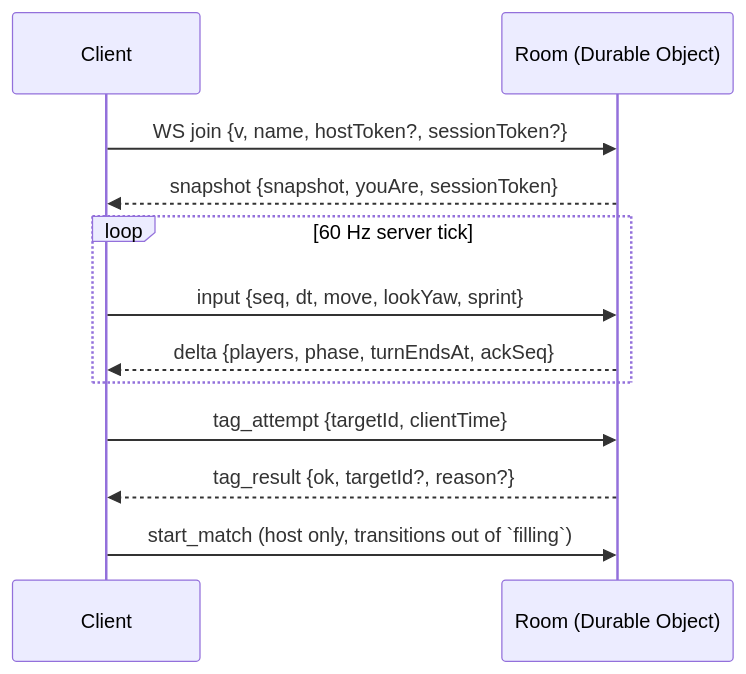
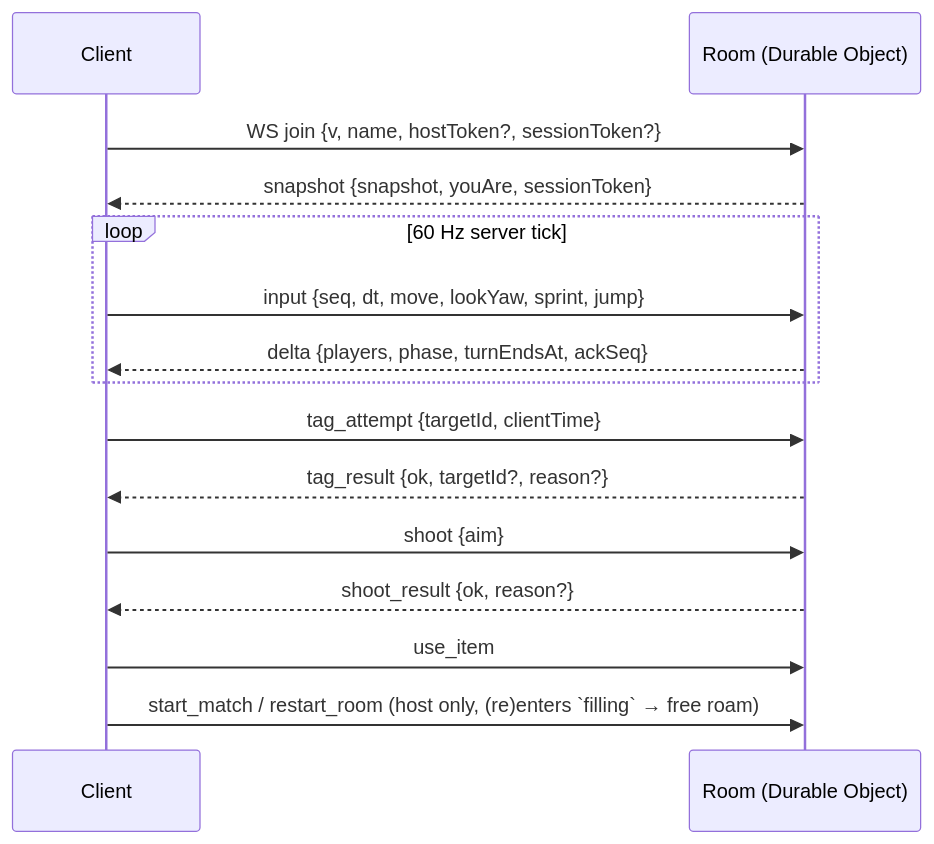
The fifth of 9 diagrams in docs/ARCHITECTURE.md (sean-reid/clowns-and-mimes), drawn with Mermaid before and after one commit. The commit also changed other lines of this file, not shown here.

First line of the commit message:
docs: correct ARCHITECTURE mermaid diagrams against v0.6 code

````diff
--- a/docs/ARCHITECTURE.md
+++ b/docs/ARCHITECTURE.md
@@ -289,14 +287,17 @@
 ```mermaid
 sequenceDiagram
   participant C as Client
   participant DO as Room (Durable Object)
   C->>DO: WS join {v, name, hostToken?, sessionToken?}
   DO-->>C: snapshot {snapshot, youAre, sessionToken}
   loop 60 Hz server tick
-    C->>DO: input {seq, dt, move, lookYaw, sprint}
+    C->>DO: input {seq, dt, move, lookYaw, sprint, jump}
     DO-->>C: delta {players, phase, turnEndsAt, ackSeq}
   end
   C->>DO: tag_attempt {targetId, clientTime}
   DO-->>C: tag_result {ok, targetId?, reason?}
-  C->>DO: start_match  (host only, transitions out of `filling`)
+  C->>DO: shoot {aim}
+  DO-->>C: shoot_result {ok, reason?}
+  C->>DO: use_item
+  C->>DO: start_match / restart_room  (host only, (re)enters `filling` → free roam)
 ```
````
